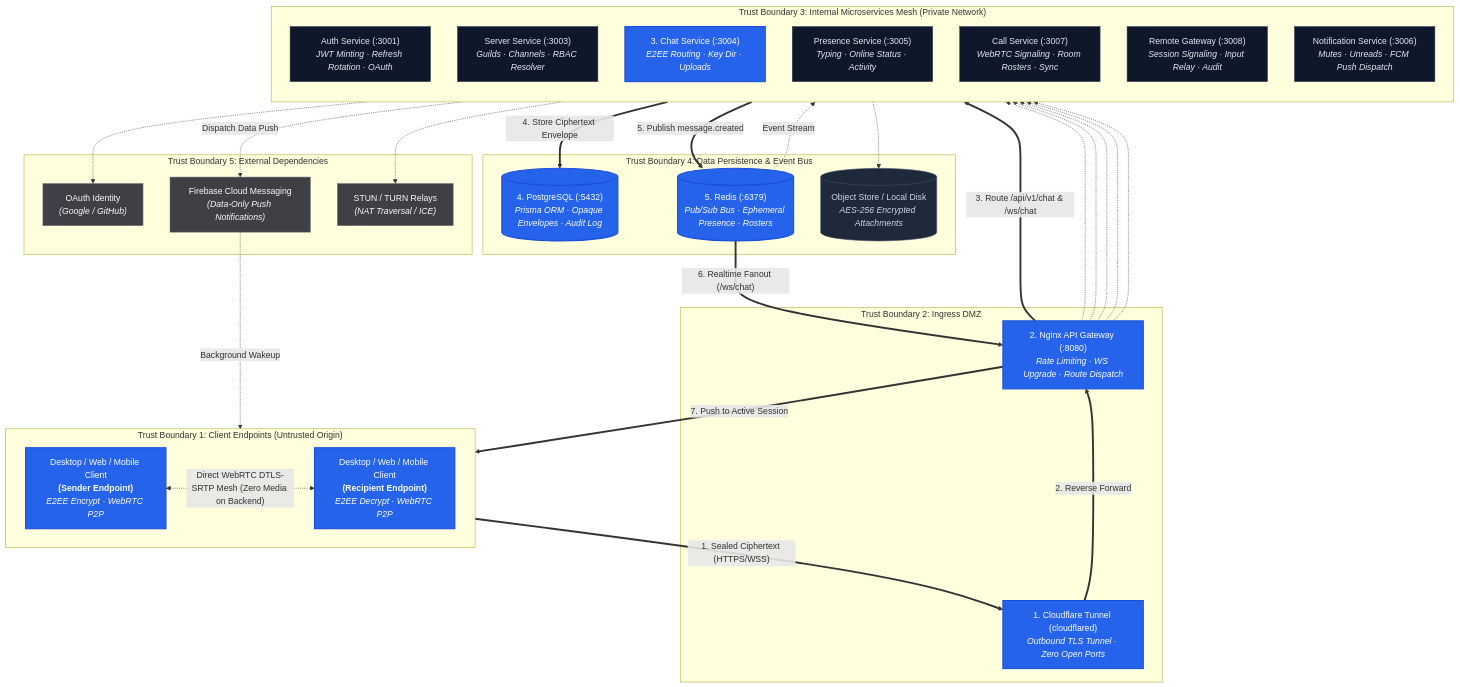
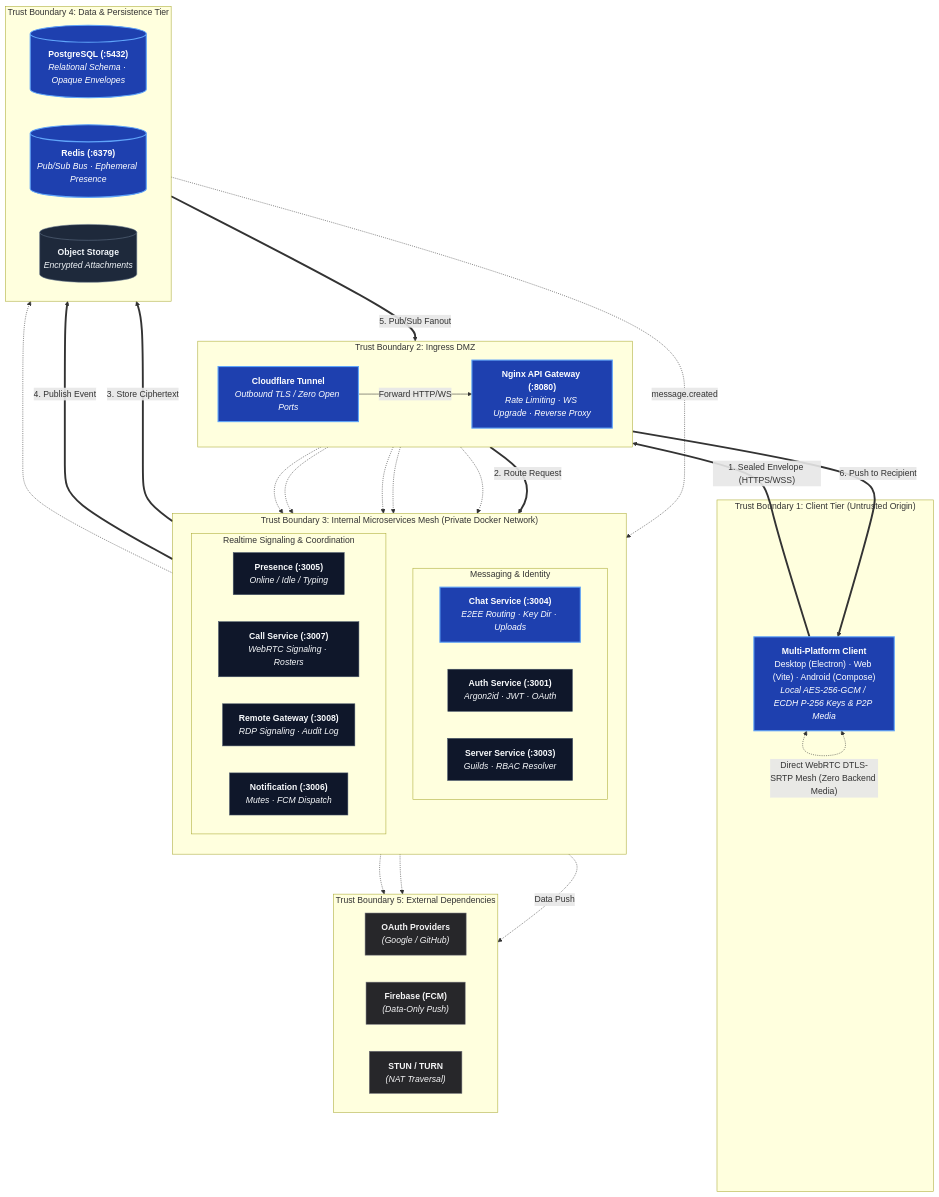
One commit to aiyu-ayaan/BetweenUs changed the diagram in docs/docs/architecture/overview.md. Above: the diagram before and after it, drawn with Mermaid.

Commit message:
docs(arch): streamline architecture flowchart layout and contrast

````diff
--- a/docs/docs/architecture/overview.md
+++ b/docs/docs/architecture/overview.md
@@ -15,95 +15,84 @@
 ```mermaid
-flowchart TB
-    %% ==========================================
-    %% TRUST BOUNDARY 1: UNTRUSTED CLIENT REALM
-    %% ==========================================
-    subgraph TB_CLIENT["Trust Boundary 1: Client Endpoints (Untrusted Origin)"]
-        direction LR
-        ClientSender["Desktop / Web / Mobile Client<br/><b>(Sender Endpoint)</b><br/><i>E2EE Encrypt · WebRTC P2P</i>"]
-        ClientRecipient["Desktop / Web / Mobile Client<br/><b>(Recipient Endpoint)</b><br/><i>E2EE Decrypt · WebRTC P2P</i>"]
+flowchart TD
+    %% TIER 1: CLIENTS
+    subgraph TB_CLIENTS ["Trust Boundary 1: Client Tier (Untrusted Origin)"]
+        Client["<b>Multi-Platform Client</b><br/>Desktop (Electron) · Web (Vite) · Android (Compose)<br/><i>Local AES-256-GCM / ECDH P-256 Keys & P2P Media</i>"]
     end
 
-    %% ==========================================
-    %% TRUST BOUNDARY 2: INGRESS DMZ
-    %% ==========================================
-    subgraph TB_EDGE["Trust Boundary 2: Ingress DMZ"]
-        CFTunnel["1. Cloudflare Tunnel (cloudflared)<br/><i>Outbound TLS Tunnel · Zero Open Ports</i>"]
-        Gateway["2. Nginx API Gateway (:8080)<br/><i>Rate Limiting · WS Upgrade · Route Dispatch</i>"]
+    %% TIER 2: EDGE INGRESS
+    subgraph TB_EDGE ["Trust Boundary 2: Ingress DMZ"]
+        direction LR
+        CFTunnel["<b>Cloudflare Tunnel</b><br/><i>Outbound TLS / Zero Open Ports</i>"]
+        Gateway["<b>Nginx API Gateway (:8080)</b><br/><i>Rate Limiting · WS Upgrade · Reverse Proxy</i>"]
+        CFTunnel -->|"Forward HTTP/WS"| Gateway
     end
 
-    %% ==========================================
-    %% TRUST BOUNDARY 3: INTERNAL MICROSERVICES MESH
-    %% ==========================================
-    subgraph TB_SERVICES["Trust Boundary 3: Internal Microservices Mesh (Private Network)"]
+    %% TIER 3: SERVICES
+    subgraph TB_SERVICES ["Trust Boundary 3: Internal Microservices Mesh (Private Docker Network)"]
         direction TB
-        AuthSvc["Auth Service (:3001)<br/><i>JWT Minting · Refresh Rotation · OAuth</i>"]
-        ServerSvc["Server Service (:3003)<br/><i>Guilds · Channels · RBAC Resolver</i>"]
-        ChatSvc["3. Chat Service (:3004)<br/><i>E2EE Routing · Key Dir · Uploads</i>"]
-        PresenceSvc["Presence Service (:3005)<br/><i>Typing · Online Status · Activity</i>"]
-        CallSvc["Call Service (:3007)<br/><i>WebRTC Signaling · Room Rosters · Sync</i>"]
-        RemoteGW["Remote Gateway (:3008)<br/><i>Session Signaling · Input Relay · Audit</i>"]
-        NotifSvc["Notification Service (:3006)<br/><i>Mutes · Unreads · FCM Push Dispatch</i>"]
+        subgraph CoreGroup ["Messaging & Identity"]
+            direction LR
+            ChatSvc["<b>Chat Service (:3004)</b><br/><i>E2EE Routing · Key Dir · Uploads</i>"]
+            AuthSvc["<b>Auth Service (:3001)</b><br/><i>Argon2id · JWT · OAuth</i>"]
+            ServerSvc["<b>Server Service (:3003)</b><br/><i>Guilds · RBAC Resolver</i>"]
+        end
+        subgraph RealtimeGroup ["Realtime Signaling & Coordination"]
+            direction LR
+            PresenceSvc["<b>Presence (:3005)</b><br/><i>Online / Idle / Typing</i>"]
+            CallSvc["<b>Call Service (:3007)</b><br/><i>WebRTC Signaling · Rosters</i>"]
+            RemoteGW["<b>Remote Gateway (:3008)</b><br/><i>RDP Signaling · Audit Log</i>"]
+            NotifSvc["<b>Notification (:3006)</b><br/><i>Mutes · FCM Dispatch</i>"]
+        end
     end
 
-    %% ==========================================
-    %% TRUST BOUNDARY 4: DATA PERSISTENCE & CACHE
-    %% ==========================================
-    subgraph TB_DATA["Trust Boundary 4: Data Persistence & Event Bus"]
-        PG[("4. PostgreSQL (:5432)<br/><i>Prisma ORM · Opaque Envelopes · Audit Log</i>")]
-        Redis[("5. Redis (:6379)<br/><i>Pub/Sub Bus · Ephemeral Presence · Rosters</i>")]
-        ObjStore[("Object Store / Local Disk<br/><i>AES-256 Encrypted Attachments</i>")]
+    %% TIER 4: PERSISTENCE & CACHE
+    subgraph TB_DATA ["Trust Boundary 4: Data & Persistence Tier"]
+        direction LR
+        PG[("<b>PostgreSQL (:5432)</b><br/><i>Relational Schema · Opaque Envelopes</i>")]
+        Redis[("<b>Redis (:6379)</b><br/><i>Pub/Sub Bus · Ephemeral Presence</i>")]
+        ObjStore[("<b>Object Storage</b><br/><i>Encrypted Attachments</i>")]
     end
 
-    %% ==========================================
-    %% TRUST BOUNDARY 5: EXTERNAL THIRD-PARTY DEPENDENCIES
-    %% ==========================================
-    subgraph TB_EXTERNAL["Trust Boundary 5: External Dependencies"]
-        OAuthProviders["OAuth Identity<br/><i>(Google / GitHub)</i>"]
-        FCMService["Firebase Cloud Messaging<br/><i>(Data-Only Push Notifications)</i>"]
-        TurnRelay["STUN / TURN Relays<br/><i>(NAT Traversal / ICE)</i>"]
+    %% TIER 5: EXTERNAL SERVICES
+    subgraph TB_EXT ["Trust Boundary 5: External Dependencies"]
+        direction LR
+        ExtOAuth["<b>OAuth Providers</b><br/><i>(Google / GitHub)</i>"]
+        ExtFCM["<b>Firebase (FCM)</b><br/><i>(Data-Only Push)</i>"]
+        ExtTURN["<b>STUN / TURN</b><br/><i>(NAT Traversal)</i>"]
     end
 
-    %% ==========================================
-    %% PRIMARY RUNTIME PATH: E2EE MESSAGE FLOW
-    %% ==========================================
-    ClientSender ==>|"1. Sealed Ciphertext (HTTPS/WSS)"| CFTunnel
-    CFTunnel ==>|"2. Reverse Forward"| Gateway
-    Gateway ==>|"3. Route /api/v1/chat & /ws/chat"| ChatSvc
-    ChatSvc ==>|"4. Store Ciphertext Envelope"| PG
-    ChatSvc ==>|"5. Publish message.created"| Redis
-    Redis ==>|"6. Realtime Fanout (/ws/chat)"| Gateway
-    Gateway ==>|"7. Push to Active Session"| ClientRecipient
+    %% PRIMARY RUNTIME PATH: E2EE MESSAGE INGESTION & REALTIME FANOUT
+    Client ==>|"1. Sealed Envelope (HTTPS/WSS)"| CFTunnel
+    Gateway ==>|"2. Route Request"| ChatSvc
+    ChatSvc ==>|"3. Store Ciphertext"| PG
+    ChatSvc ==>|"4. Publish Event"| Redis
+    Redis ==>|"5. Pub/Sub Fanout"| Gateway
+    Gateway ==>|"6. Push to Recipient"| Client
 
-    %% ==========================================
-    %% ASYNCHRONOUS & SECONDARY RUNTIME FLOWS
-    %% ==========================================
-    Redis -.->|"Event Stream"| NotifSvc
-    NotifSvc -.->|"Dispatch Data Push"| FCMService
-    FCMService -.->|"Background Wakeup"| ClientRecipient
-
+    %% SECONDARY & ASYNC INTEGRATIONS
+    ChatSvc -.-> ObjStore
     Gateway -.-> AuthSvc
     Gateway -.-> ServerSvc
     Gateway -.-> PresenceSvc
     Gateway -.-> CallSvc
     Gateway -.-> RemoteGW
 
-    AuthSvc -.-> OAuthProviders
-    CallSvc -.-> TurnRelay
-    ChatSvc -.-> ObjStore
+    Redis -.->|"message.created"| NotifSvc
+    NotifSvc -.->|"Data Push"| ExtFCM
+    AuthSvc -.-> ExtOAuth
+    CallSvc -.-> ExtTURN
 
-    %% ==========================================
-    %% TRUST BOUNDARY 6: ZERO-KNOWLEDGE P2P MEDIA MESH
-    %% ==========================================
-    ClientSender <-.->|"Direct WebRTC DTLS-SRTP Mesh (Zero Media on Backend)"| ClientRecipient
+    %% DIRECT P2P MEDIA (BYPASSES BACKEND)
+    Client <-.->|"Direct WebRTC DTLS-SRTP Mesh (Zero Backend Media)"| Client
 
     %% Styling
-    classDef primary fill:#2563eb,stroke:#1d4ed8,stroke-width:2px,color:#ffffff;
-    classDef service fill:#0f172a,stroke:#334155,stroke-width:1px,color:#e2e8f0;
-    classDef data fill:#1e293b,stroke:#475569,stroke-width:1px,color:#cbd5e1;
-    classDef external fill:#3f3f46,stroke:#71717a,stroke-width:1px,color:#fafafa;
+    classDef primary fill:#1e40af,stroke:#60a5fa,stroke-width:2px,color:#ffffff;
+    classDef service fill:#0f172a,stroke:#475569,stroke-width:1px,color:#f8fafc;
+    classDef data fill:#1e293b,stroke:#64748b,stroke-width:1px,color:#f1f5f9;
+    classDef external fill:#27272a,stroke:#71717a,stroke-width:1px,color:#f4f4f5;
 
-    class ClientSender,CFTunnel,Gateway,ChatSvc,PG,Redis,ClientRecipient primary;
+    class Client,CFTunnel,Gateway,ChatSvc,PG,Redis primary;
     class AuthSvc,ServerSvc,PresenceSvc,CallSvc,RemoteGW,NotifSvc service;
     class ObjStore data;
-    class OAuthProviders,FCMService,TurnRelay external;
+    class ExtOAuth,ExtFCM,ExtTURN external;
 ```
````
